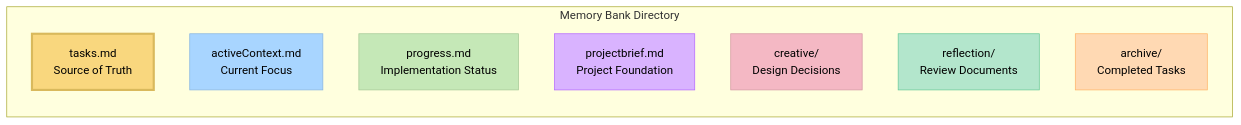
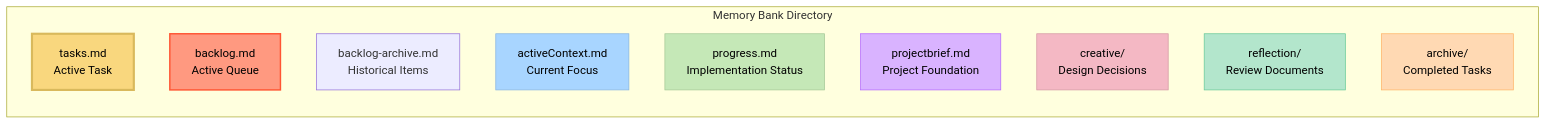
The second of 2 diagrams in README.md (Angry-Robot-Deals/cursor-memory-bank-angry), drawn with Mermaid before and after one commit. The commit also changed other lines of this file and 17 other files, not shown here.

First line of the commit message:
feat: Add Backlog system v2.0 with two-file architecture (DEV-0001)

````diff
--- a/README.md
+++ b/README.md
@@ -546,20 +546,23 @@
 ```mermaid
 graph LR
     subgraph "Memory Bank Directory"
-        Tasks["tasks.md<br>Source of Truth"]
+        Tasks["tasks.md<br>Active Task"]
+        Backlog["backlog.md<br>Active Queue"]
+        BacklogArch["backlog-archive.md<br>Historical Items"]
         Active["activeContext.md<br>Current Focus"]
         Progress["progress.md<br>Implementation Status"]
         Brief["projectbrief.md<br>Project Foundation"]
         Creative["creative/<br>Design Decisions"]
         Reflect["reflection/<br>Review Documents"]
         Archive["archive/<br>Completed Tasks"]
     end
     
     style Tasks fill:#f9d77e,stroke:#d9b95c,stroke-width:3px,color:black
+    style Backlog fill:#ff9980,stroke:#ff5533,stroke-width:2px,color:black
     style Active fill:#a8d5ff,stroke:#88b5e0,color:black
     style Progress fill:#c5e8b7,stroke:#a5c897,color:black
     style Brief fill:#d9b3ff,stroke:#b366ff,color:black
     style Creative fill:#f4b8c4,stroke:#d498a4,color:black
     style Reflect fill:#b3e6cc,stroke:#66c999,color:black
     style Archive fill:#ffd9b3,stroke:#ffb366,color:black
 ```
````
